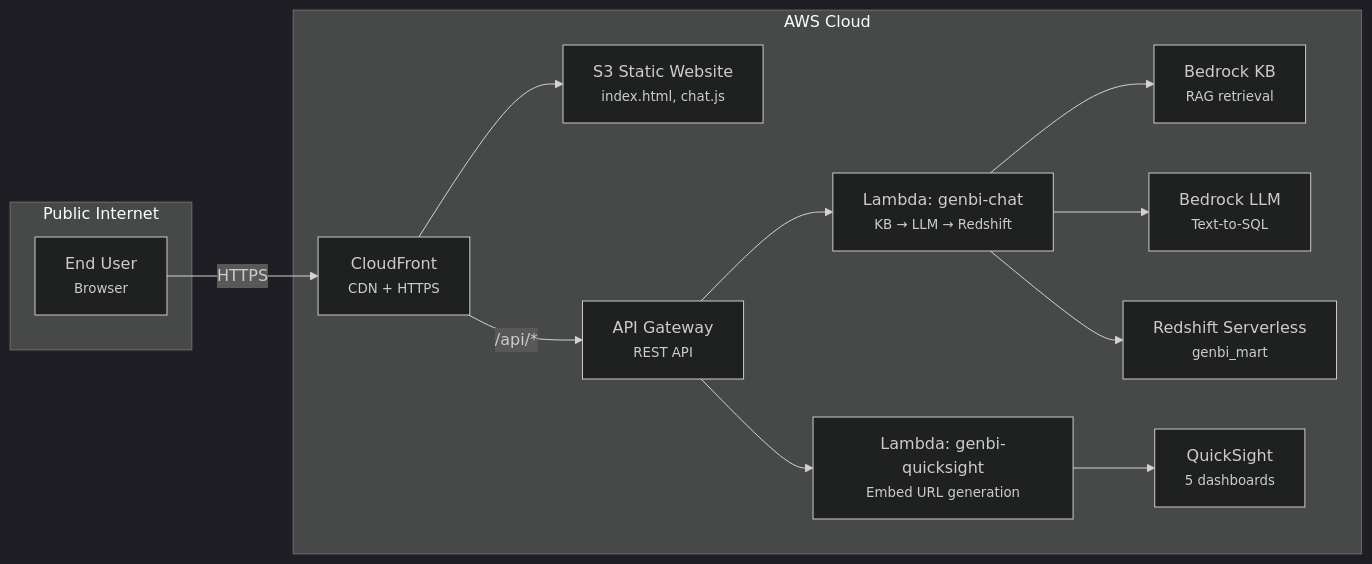
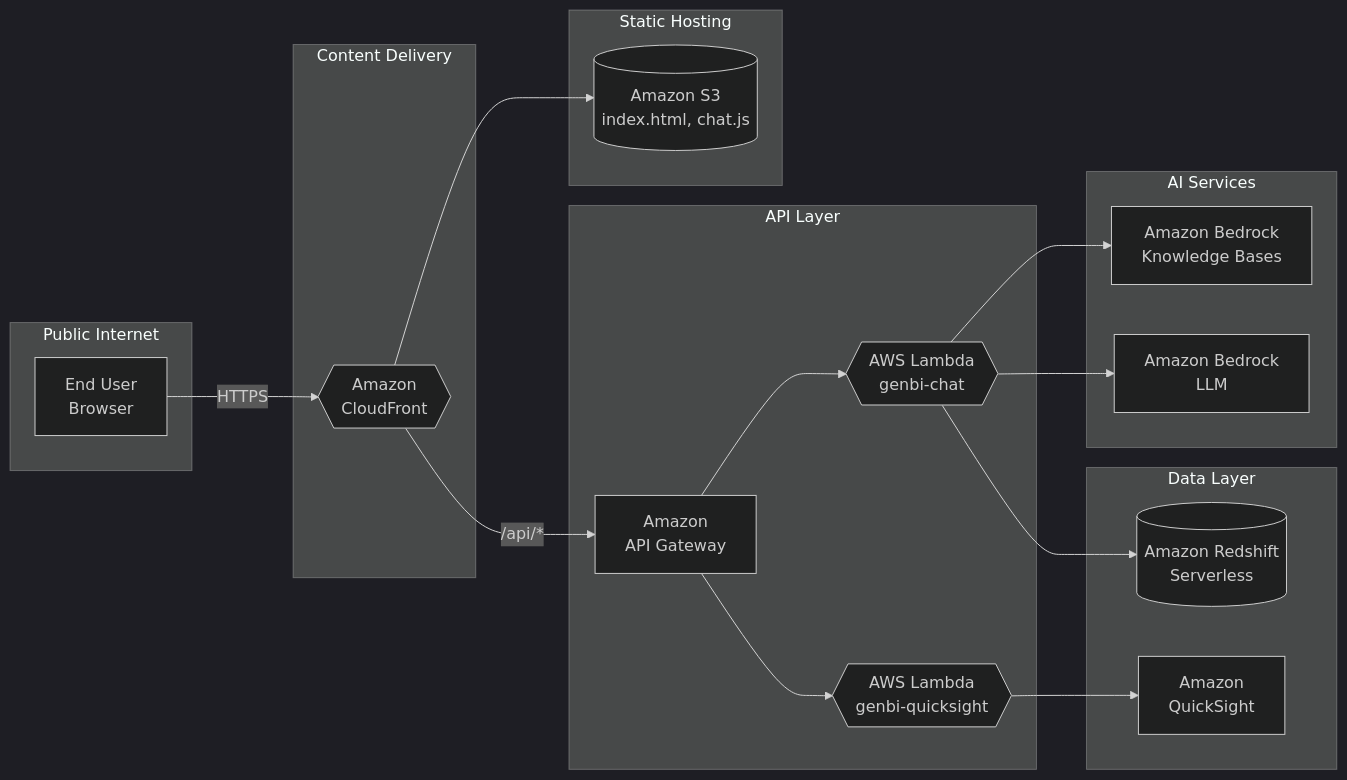
One commit to danielpeggy/bi-report-chatbot changed the second of 3 diagrams in README.md. Above: the diagram before and after it, drawn with Mermaid (dark theme). The commit also changed other lines of this file, not shown here.

Commit message:
Add deployment architectures, enhance Getting Started guide, use AWS service names in diagrams

````diff
--- a/README.md
+++ b/README.md
@@ -107,28 +309,40 @@
 ```mermaid
 flowchart LR
     subgraph Internet["Public Internet"]
-        USER["End User<br/><small>Browser</small>"]
+        USER["End User<br/>Browser"]
     end
 
-    subgraph AWS["AWS Cloud"]
-        CF["CloudFront<br/><small>CDN + HTTPS</small>"]
-        S3W["S3 Static Website<br/><small>index.html, chat.js</small>"]
-        APIGW["API Gateway<br/><small>REST API</small>"]
-        LAMBDA1["Lambda: genbi-chat<br/><small>KB → LLM → Redshift</small>"]
-        LAMBDA2["Lambda: genbi-quicksight<br/><small>Embed URL generation</small>"]
-        KB["Bedrock KB<br/><small>RAG retrieval</small>"]
-        LLM["Bedrock LLM<br/><small>Text-to-SQL</small>"]
-        RS["Redshift Serverless<br/><small>genbi_mart</small>"]
-        QS["QuickSight<br/><small>5 dashboards</small>"]
+    subgraph CF_Layer["Content Delivery"]
+        CF{{"Amazon<br/>CloudFront"}}
+    end
+
+    subgraph Static["Static Hosting"]
+        S3W[("Amazon S3<br/>index.html, chat.js")]
+    end
+
+    subgraph API["API Layer"]
+        APIGW["Amazon<br/>API Gateway"]
+        LAMBDA1{{"AWS Lambda<br/>genbi-chat"}}
+        LAMBDA2{{"AWS Lambda<br/>genbi-quicksight"}}
+    end
+
+    subgraph AI_Services["AI Services"]
+        KB["Amazon Bedrock<br/>Knowledge Bases"]
+        LLM["Amazon Bedrock<br/>LLM"]
+    end
+
+    subgraph Data["Data Layer"]
+        RS[("Amazon Redshift<br/>Serverless")]
+        QS["Amazon<br/>QuickSight"]
     end
 
     USER -->|HTTPS| CF
     CF --> S3W
-    CF -->|/api/*| APIGW
+    CF -->|"/api/*"| APIGW
     APIGW --> LAMBDA1
     APIGW --> LAMBDA2
     LAMBDA1 --> KB
     LAMBDA1 --> LLM
     LAMBDA1 --> RS
     LAMBDA2 --> QS
 ```
````
